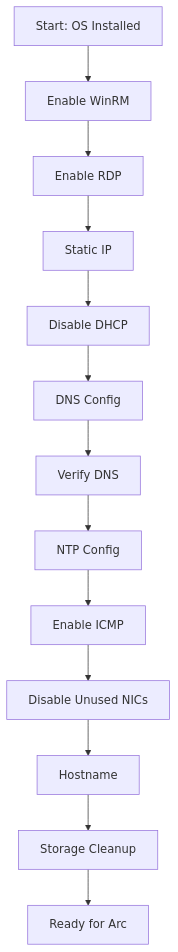
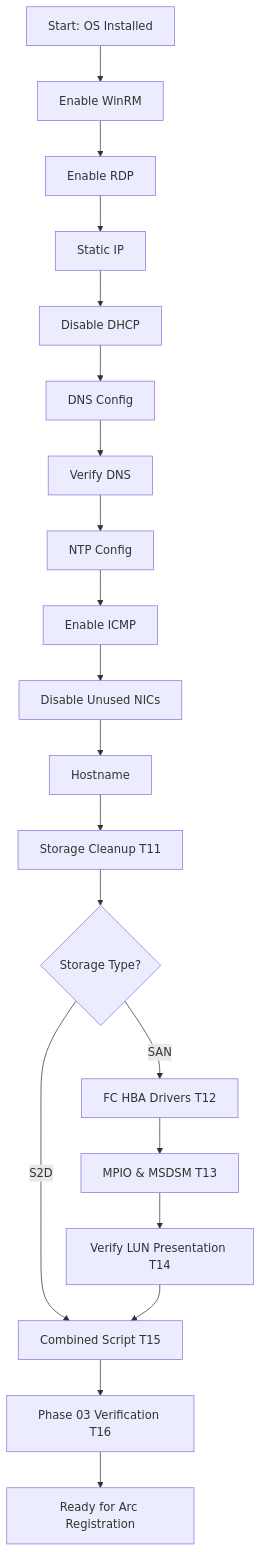
The diagram in docs/implementation/04-cluster-deployment/phase-03-os-configuration/index.mdx (AzureLocal/azurelocal.github.io), drawn with Mermaid before and after one commit. The commit also changed other lines of this file and 28 other files, not shown here.

First line of the commit message:
feat(san): add SAN disaggregated deployment path (Phase 03 + planning + structure)

````diff
--- a/docs/implementation/04-cluster-deployment/phase-03-os-configuration/index.mdx
+++ b/docs/implementation/04-cluster-deployment/phase-03-os-configuration/index.mdx
@@ -59,15 +63,22 @@
 ```mermaid
 flowchart TD
- A[Start: OS Installed] --> B[Enable WinRM]
- B --> C[Enable RDP]
- C --> D[Static IP]
- D --> E[Disable DHCP]
- E --> F[DNS Config]
- F --> G[Verify DNS]
- G --> H[NTP Config]
- H --> I[Enable ICMP]
- I --> J[Disable Unused NICs]
- J --> K[Hostname]
- K --> L[Storage Cleanup]
- L --> M[Ready for Arc]
+    A[Start: OS Installed] --> B[Enable WinRM]
+    B --> C[Enable RDP]
+    C --> D[Static IP]
+    D --> E[Disable DHCP]
+    E --> F[DNS Config]
+    F --> G[Verify DNS]
+    G --> H[NTP Config]
+    H --> I[Enable ICMP]
+    I --> J[Disable Unused NICs]
+    J --> K[Hostname]
+    K --> L[Storage Cleanup T11]
+    L --> M{Storage Type?}
+    M -->|S2D| N[Combined Script T15]
+    M -->|SAN| O[FC HBA Drivers T12]
+    O --> P[MPIO & MSDSM T13]
+    P --> Q[Verify LUN Presentation T14]
+    Q --> N
+    N --> R[Phase 03 Verification T16]
+    R --> S[Ready for Arc Registration]
 ```
````
